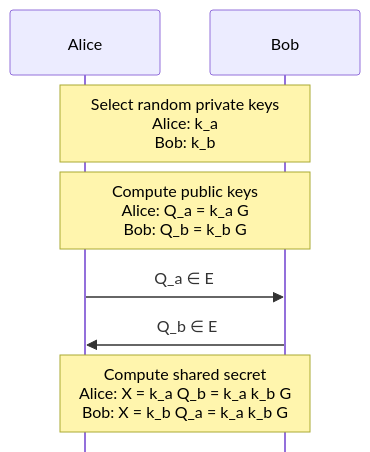
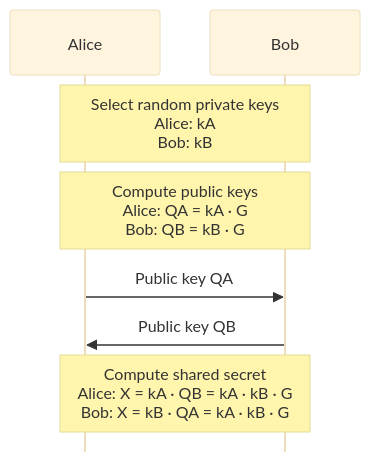
The first of 2 diagrams in _posts/2026-09-01-elliptic-curve-cryptography.md (LamBieuu/LamBieuu.github.io), drawn with Mermaid before and after one commit. The commit also changed other lines of this file and 2 other files, not shown here.

````diff
--- a/_posts/2026-09-01-elliptic-curve-cryptography.md
+++ b/_posts/2026-09-01-elliptic-curve-cryptography.md
@@ -280,14 +275,14 @@
 ```mermaid
-%%{ init : { "theme": "default", "sequence": { "mirrorActors": false } } }%%
+%%{ init : { "theme": "base", "sequence": { "mirrorActors": false } } }%%
 sequenceDiagram
     participant Alice
     participant Bob
 
-    Note over Alice,Bob: Select random private keys<br>Alice: k_a<br>Bob: k_b
-    Note over Alice,Bob: Compute public keys<br>Alice: Q_a = k_a G<br>Bob: Q_b = k_b G
+    Note over Alice,Bob: Select random private keys<br/>Alice: kA<br/>Bob: kB
+    Note over Alice,Bob: Compute public keys<br/>Alice: QA = kA · G<br/>Bob: QB = kB · G
 
-    Alice->>Bob: Q_a ∈ E
-    Bob->>Alice: Q_b ∈ E
+    Alice->>Bob: Public key QA
+    Bob->>Alice: Public key QB
 
-    Note over Alice,Bob: Compute shared secret<br>Alice: X = k_a Q_b = k_a k_b G<br>Bob: X = k_b Q_a = k_a k_b G
+    Note over Alice,Bob: Compute shared secret<br/>Alice: X = kA · QB = kA · kB · G<br/>Bob: X = kB · QA = kA · kB · G
 ```
````
